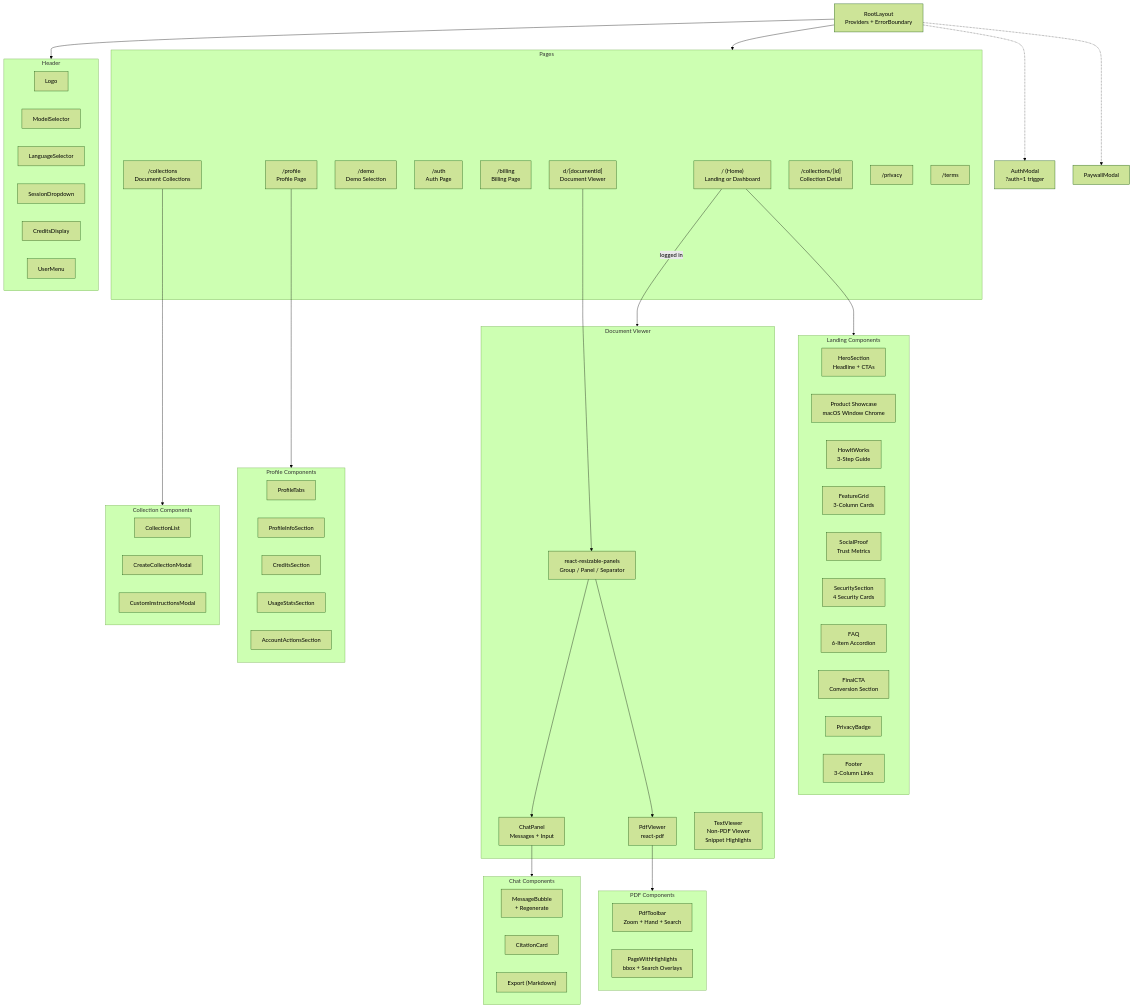
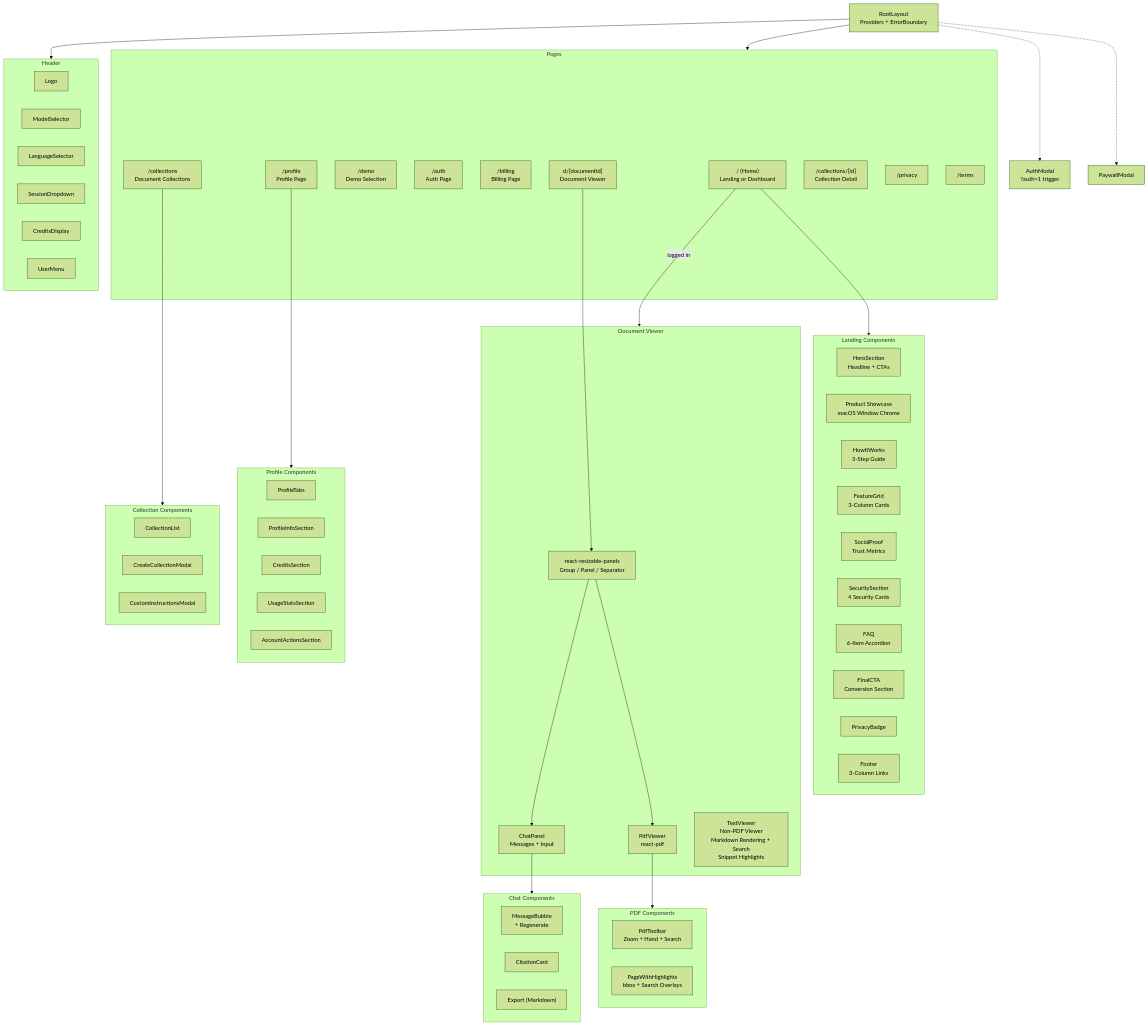
Before and after one commit to Rswcf/DocTalk: the seventh of 8 diagrams in docs/ARCHITECTURE.md, drawn with Mermaid (forest theme). The commit also changed other lines of this file and 4 other files, not shown here.

First line of the commit message:
docs: update for multi-format enhancements — tables, markdown rendering, search

```diff
--- a/docs/ARCHITECTURE.md
+++ b/docs/ARCHITECTURE.md
@@ -527,7 +528,7 @@
         ResizablePanels["react-resizable-panels<br/>Group / Panel / Separator"]
         ChatPanel["ChatPanel<br/>Messages + Input"]
         PdfViewer["PdfViewer<br/>react-pdf"]
-        TextViewer["TextViewer<br/>Non-PDF Viewer<br/>Snippet Highlights"]
+        TextViewer["TextViewer<br/>Non-PDF Viewer<br/>Markdown Rendering + Search<br/>Snippet Highlights"]
     end
 
     subgraph ChatComp["Chat Components"]
```
